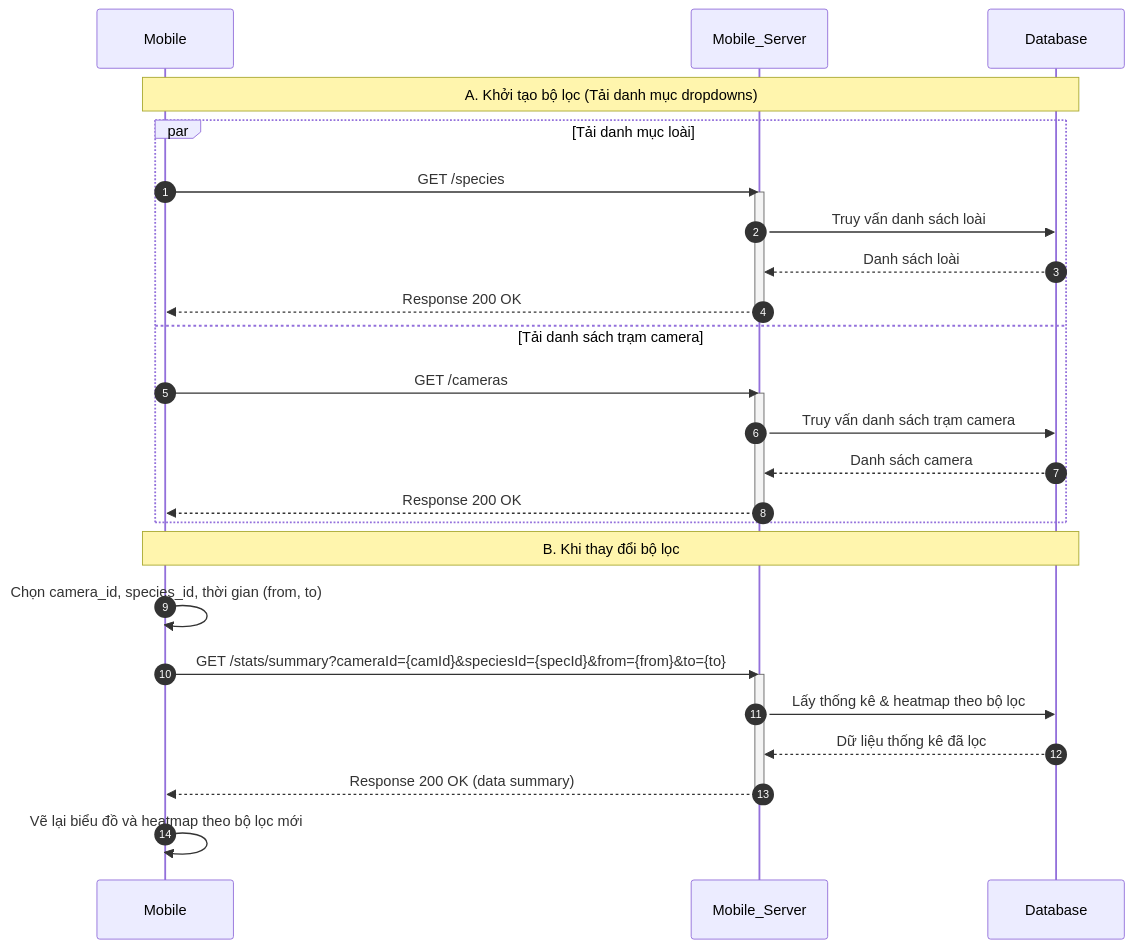
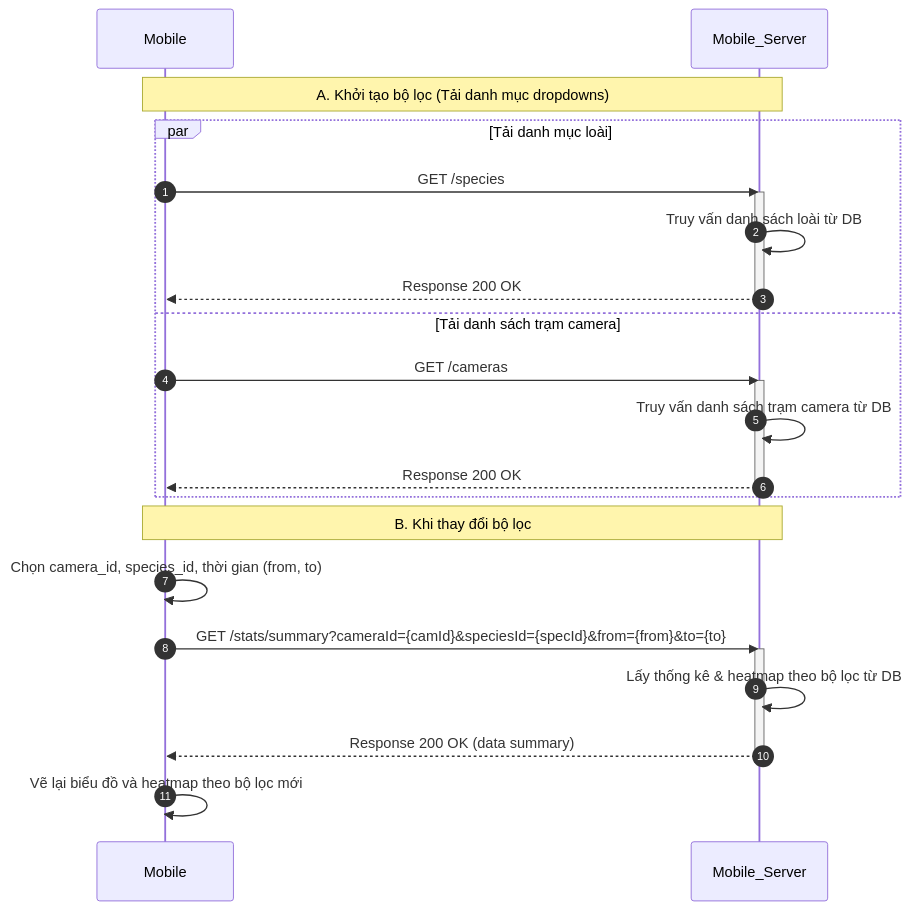
The sixth of 18 diagrams in docs/04-sequence-diagram.md (trungnguyenthien/Wildlife-Warning-and-Deterrence-System), drawn with Mermaid before and after one commit. The commit also changed other lines of this file, not shown here.

Commit message:
docs: update sequence diagram to reflect latest system flow refinements

````diff
--- a/docs/04-sequence-diagram.md
+++ b/docs/04-sequence-diagram.md
@@ -280,34 +271,30 @@
 ```mermaid
 sequenceDiagram
     autonumber
     participant Mobile as Mobile
     participant Mobile_Server as Mobile_Server
-    participant Database as Database
 
-    Note over Mobile, Database: A. Khởi tạo bộ lọc (Tải danh mục dropdowns)
+    Note over Mobile, Mobile_Server: A. Khởi tạo bộ lọc (Tải danh mục dropdowns)
     par Tải danh mục loài
         Mobile->>Mobile_Server: GET /species
         activate Mobile_Server
-        Mobile_Server->>Database: Truy vấn danh sách loài
-        Database-->>Mobile_Server: Danh sách loài
+        Mobile_Server->>Mobile_Server: Truy vấn danh sách loài từ DB
         Mobile_Server-->>Mobile: Response 200 OK
         deactivate Mobile_Server
     and Tải danh sách trạm camera
         Mobile->>Mobile_Server: GET /cameras
         activate Mobile_Server
-        Mobile_Server->>Database: Truy vấn danh sách trạm camera
-        Database-->>Mobile_Server: Danh sách camera
+        Mobile_Server->>Mobile_Server: Truy vấn danh sách trạm camera từ DB
         Mobile_Server-->>Mobile: Response 200 OK
         deactivate Mobile_Server
     end
 
-    Note over Mobile, Database: B. Khi thay đổi bộ lọc
+    Note over Mobile, Mobile_Server: B. Khi thay đổi bộ lọc
     Mobile->>Mobile: Chọn camera_id, species_id, thời gian (from, to)
     Mobile->>Mobile_Server: GET /stats/summary?cameraId={camId}&speciesId={specId}&from={from}&to={to}
     activate Mobile_Server
-    Mobile_Server->>Database: Lấy thống kê & heatmap theo bộ lọc
-    Database-->>Mobile_Server: Dữ liệu thống kê đã lọc
+    Mobile_Server->>Mobile_Server: Lấy thống kê & heatmap theo bộ lọc từ DB
     Mobile_Server-->>Mobile: Response 200 OK (data summary)
     deactivate Mobile_Server
     Mobile->>Mobile: Vẽ lại biểu đồ và heatmap theo bộ lọc mới
 ```
````
